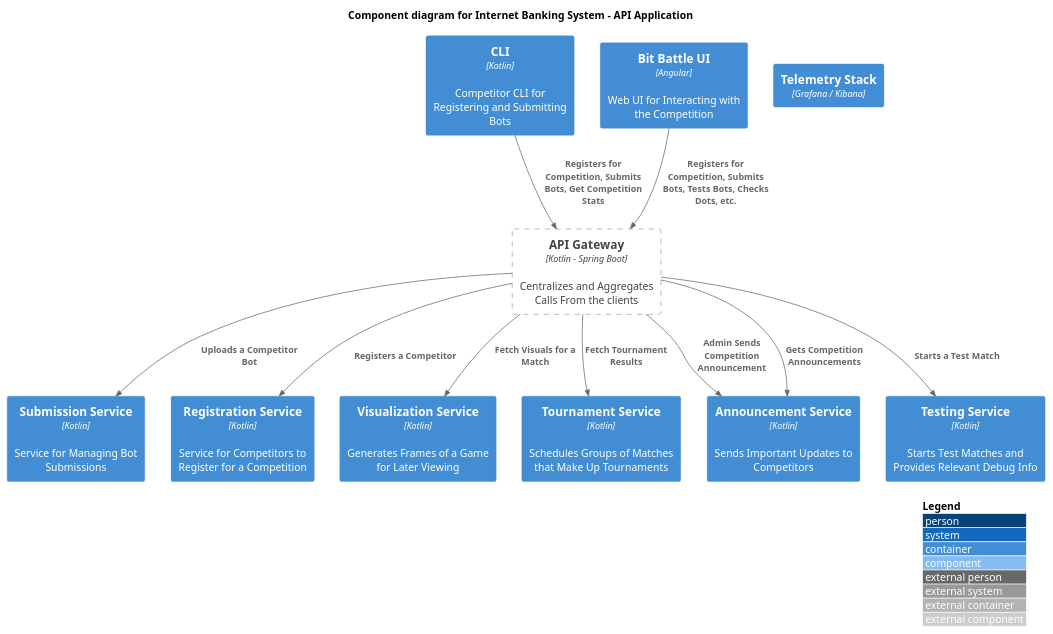
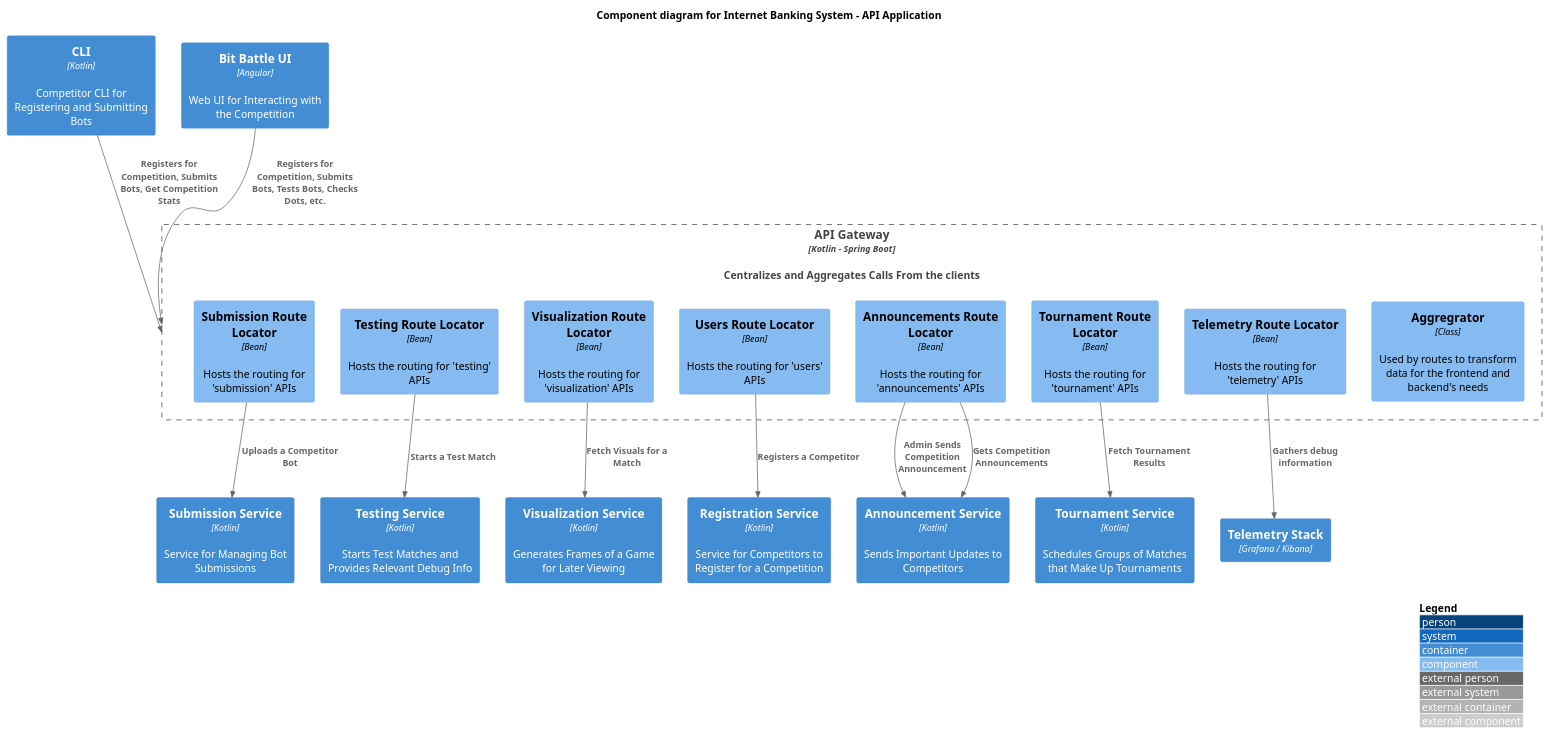
One commit to JeanAEckelberg/BitBattle changed the diagram in Design/C4 Diagrams/GatewayComponent/component.md. Above: the diagram before and after it, drawn with PlantUML. The commit also changed 1 other file, not shown here.

Commit message:
feat: finished component diagram and svg

````diff
--- a/Design/C4 Diagrams/GatewayComponent/component.md
+++ b/Design/C4 Diagrams/GatewayComponent/component.md
@@ -1,37 +1,45 @@
 ```plantuml
 @startuml gateway component diagram
 !include https://raw.githubusercontent.com/plantuml-stdlib/C4-PlantUML/master/C4_Component.puml
 ' uncomment the following line and comment the first to use locally
 ' !include C4_Component.puml
 
 LAYOUT_WITH_LEGEND()
 
 title Component diagram for Internet Banking System - API Application
 
 Container(cli, "CLI", "Kotlin", "Competitor CLI for Registering and Submitting Bots")
 Container(bit_battle_ui, "Bit Battle UI", "Angular", "Web UI for Interacting with the Competition")
 Container(telemetry_stack, "Telemetry Stack", "Grafana / Kibana")
 Container(submission_service, "Submission Service", "Kotlin", "Service for Managing Bot Submissions")
 Container(registration_service, "Registration Service", "Kotlin", "Service for Competitors to Register for a Competition")
 Container(visualization_service, "Visualization Service", "Kotlin", "Generates Frames of a Game for Later Viewing")
 Container(tournament_service, "Tournament Service", "Kotlin", "Schedules Groups of Matches that Make Up Tournaments")
 Container(announcement_service, "Announcement Service", "Kotlin", "Sends Important Updates to Competitors")
 Container(testing_service, "Testing Service", "Kotlin", "Starts Test Matches and Provides Relevant Debug Info")
 Container(api_gateway, "API Gateway", "Kotlin - Spring Boot", "Centralizes and Aggregates Calls From the clients")
 
 Container_Boundary(api_gateway, "API Gateway") {
-    
+    Component(aggregrator, "Aggregrator", "Class", "Used by routes to transform data for the frontend and backend's needs")
+    Component(submission_route_locator, "Submission Route Locator", "Bean", "Hosts the routing for 'submission' APIs")
+    Component(testing_route_locator, "Testing Route Locator", "Bean", "Hosts the routing for 'testing' APIs")
+    Component(visualization_route_locator, "Visualization Route Locator", "Bean", "Hosts the routing for 'visualization' APIs")
+    Component(users_route_locator, "Users Route Locator", "Bean", "Hosts the routing for 'users' APIs")
+    Component(announcements_route_locator, "Announcements Route Locator", "Bean", "Hosts the routing for 'announcements' APIs")
+    Component(tournament_route_locator, "Tournament Route Locator", "Bean", "Hosts the routing for 'tournament' APIs")
+    Component(telemetry_route_locator, "Telemetry Route Locator", "Bean", "Hosts the routing for 'telemetry' APIs")
 }
 
 Rel(cli, api_gateway, "Registers for Competition, Submits Bots, Get Competition Stats")
 Rel(bit_battle_ui, api_gateway, "Registers for Competition, Submits Bots, Tests Bots, Checks Dots, etc.")
 
-Rel(api_gateway, registration_service, "Registers a Competitor")
-Rel(api_gateway, submission_service, "Uploads a Competitor Bot")
-Rel(api_gateway, testing_service, "Starts a Test Match")
-Rel(api_gateway, announcement_service, "Admin Sends Competition Announcement")
-Rel(api_gateway, announcement_service, "Gets Competition Announcements")
-Rel(api_gateway, visualization_service, "Fetch Visuals for a Match")
-Rel(api_gateway, tournament_service, "Fetch Tournament Results")
+Rel(telemetry_route_locator, telemetry_stack, "Gathers debug information")
+Rel(users_route_locator, registration_service, "Registers a Competitor")
+Rel(submission_route_locator, submission_service, "Uploads a Competitor Bot")
+Rel(testing_route_locator, testing_service, "Starts a Test Match")
+Rel(announcements_route_locator, announcement_service, "Admin Sends Competition Announcement")
+Rel(announcements_route_locator, announcement_service, "Gets Competition Announcements")
+Rel(visualization_route_locator, visualization_service, "Fetch Visuals for a Match")
+Rel(tournament_route_locator, tournament_service, "Fetch Tournament Results")
 @enduml
 ```
````
